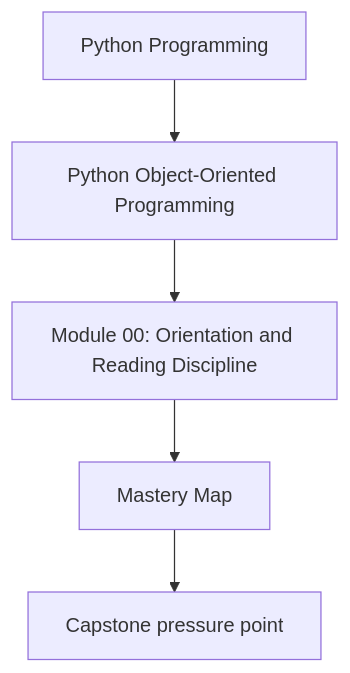
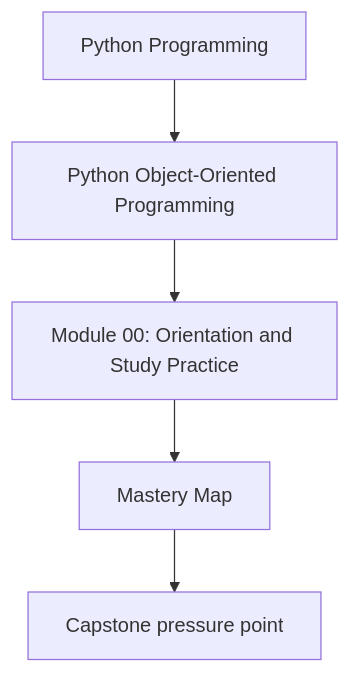
The first of 2 diagrams in programs/python-programming/python-object-oriented-programming/course-book/module-00-orientation/mastery-map.md (bijux/bijux-masterclass), drawn with Mermaid before and after one commit. The commit also changed 241 other files, not shown here.

````diff
--- a/programs/python-programming/python-object-oriented-programming/course-book/module-00-orientation/mastery-map.md
+++ b/programs/python-programming/python-object-oriented-programming/course-book/module-00-orientation/mastery-map.md
@@ -6,7 +6,7 @@
 ```mermaid
 flowchart TD
   family["Python Programming"] --> program["Python Object-Oriented Programming"]
-  program --> module["Module 00: Orientation and Reading Discipline"]
+  program --> module["Module 00: Orientation and Study Practice"]
   module --> concept["Mastery Map"]
   concept --> capstone["Capstone pressure point"]
 ```
````
